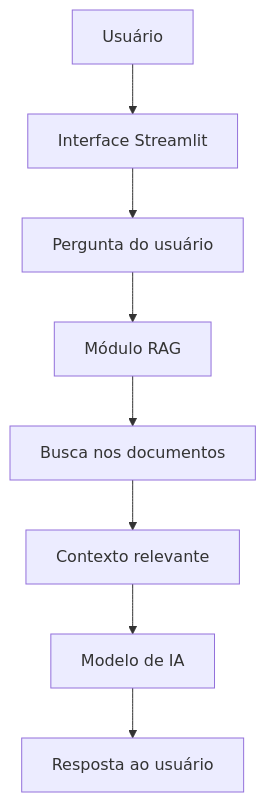
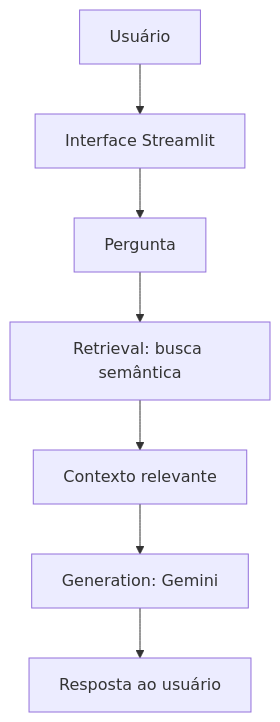
The diagram in README.md (kteixeira1989/secretaria-academica-rag), drawn with Mermaid before and after one commit. The commit also changed other lines of this file and 4 other files, not shown here.

Commit message:
feat: add Gemini generation and API error handling

````diff
--- a/README.md
+++ b/README.md
@@ -13,10 +7,9 @@
 ```mermaid
 flowchart TD
     A[Usuário] --> B[Interface Streamlit]
-    B --> C[Pergunta do usuário]
-    C --> D[Módulo RAG]
-    D --> E[Busca nos documentos]
-    E --> F[Contexto relevante]
-    F --> G[Modelo de IA]
-    G --> H[Resposta ao usuário]
+    B --> C[Pergunta]
+    C --> D[Retrieval: busca semântica]
+    D --> E[Contexto relevante]
+    E --> F[Generation: Gemini]
+    F --> G[Resposta ao usuário]
 ```
````
